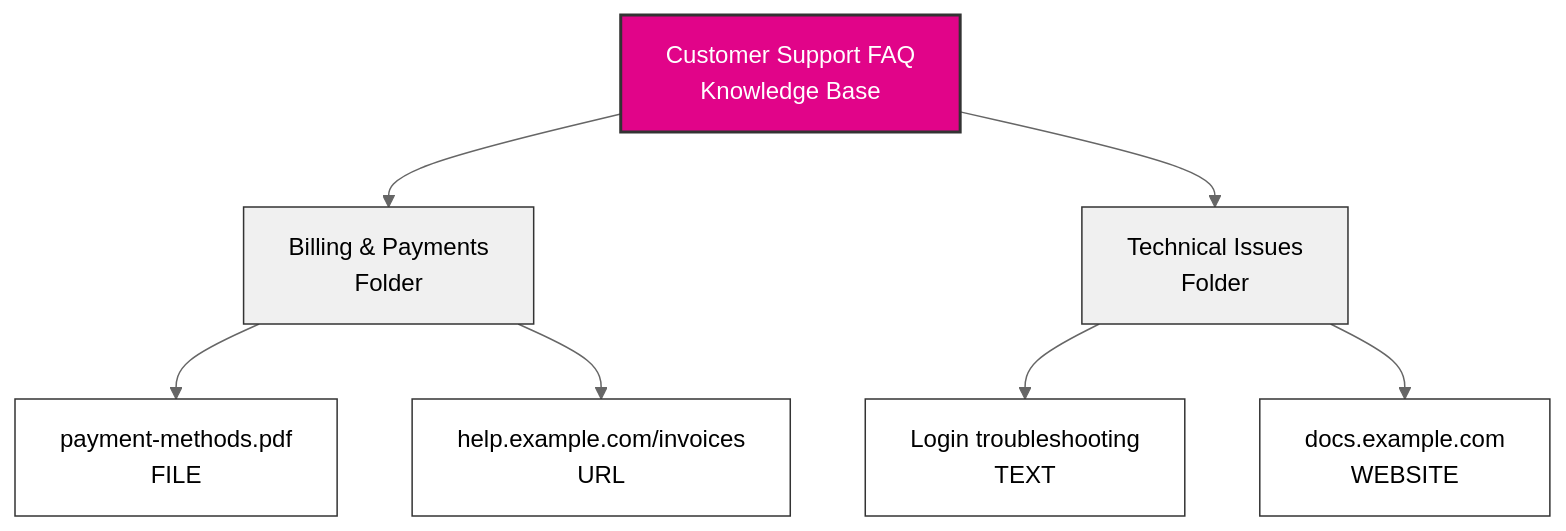
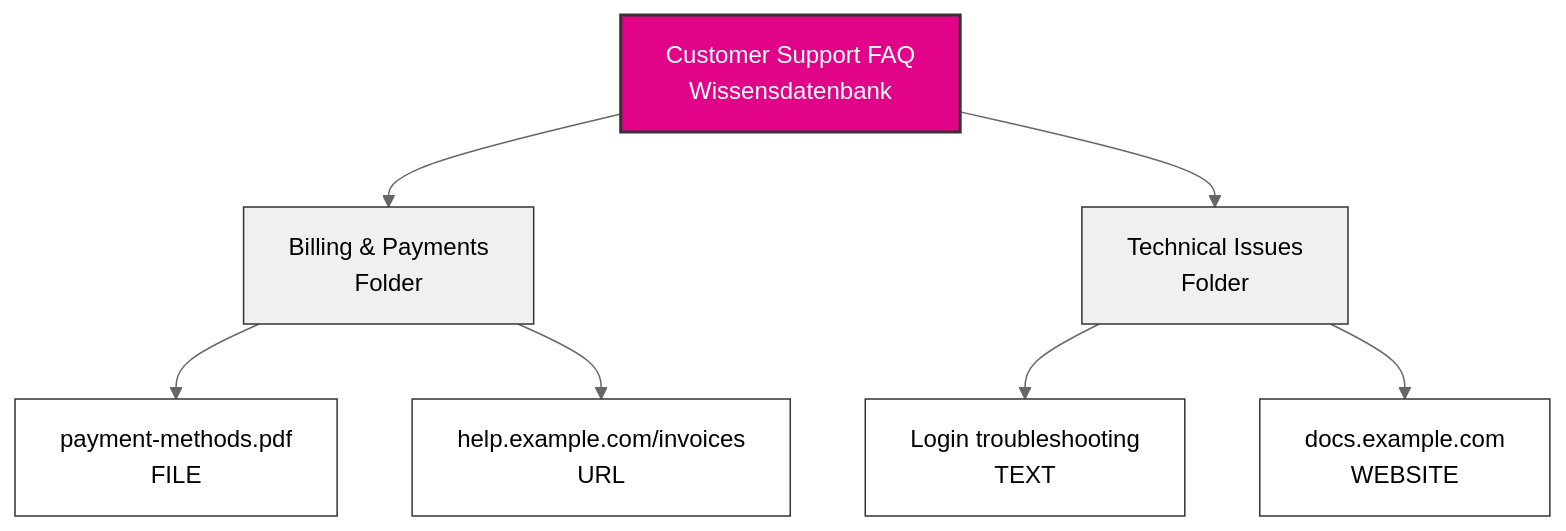
One commit to robertvy/docs changed the first of 2 diagrams in de/build/knowledge/architecture.mdx. Above: the diagram before and after it, drawn with Mermaid (neutral theme). The commit also changed other lines of this file and 100 other files, not shown here.

````diff
--- a/de/build/knowledge/architecture.mdx
+++ b/de/build/knowledge/architecture.mdx
@@ -38,21 +38,21 @@
 ```mermaid
 graph TB
-    KB[Customer Support FAQ<br/>Knowledge Base]
+    KB[Customer Support FAQ<br/>Wissensdatenbank]
 
     KB --> F1[Billing & Payments<br/>Folder]
     KB --> F2[Technical Issues<br/>Folder]
 
     F1 --> I1[payment-methods.pdf<br/>FILE]
     F1 --> I2[help.example.com/invoices<br/>URL]
 
     F2 --> I3[Login troubleshooting<br/>TEXT]
     F2 --> I4[docs.example.com<br/>WEBSITE]
 
     style KB fill:#E10489,stroke:#333,stroke-width:2px,color:#fff
     style F1 fill:#f0f0f0,stroke:#333,stroke-width:1px,color:#000
     style F2 fill:#f0f0f0,stroke:#333,stroke-width:1px,color:#000
     style I1 fill:#fff,stroke:#333,stroke-width:1px,color:#000
     style I2 fill:#fff,stroke:#333,stroke-width:1px,color:#000
     style I3 fill:#fff,stroke:#333,stroke-width:1px,color:#000
     style I4 fill:#fff,stroke:#333,stroke-width:1px,color:#000
 ```
````
